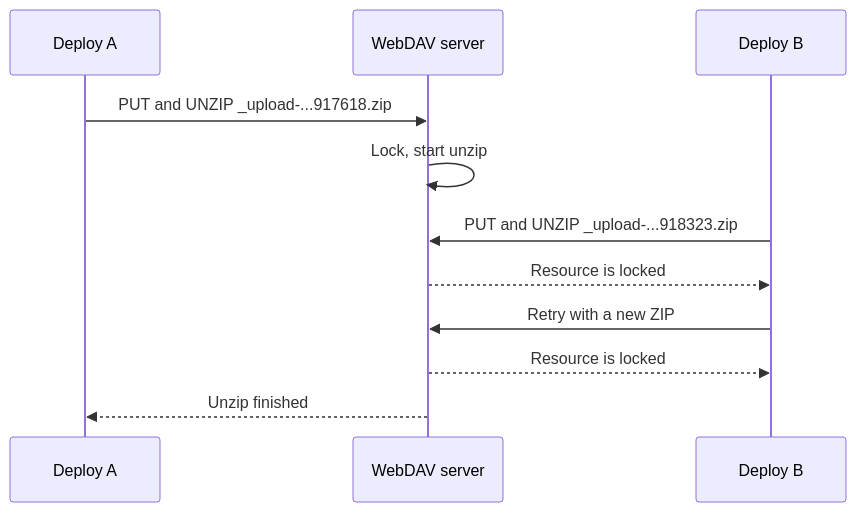
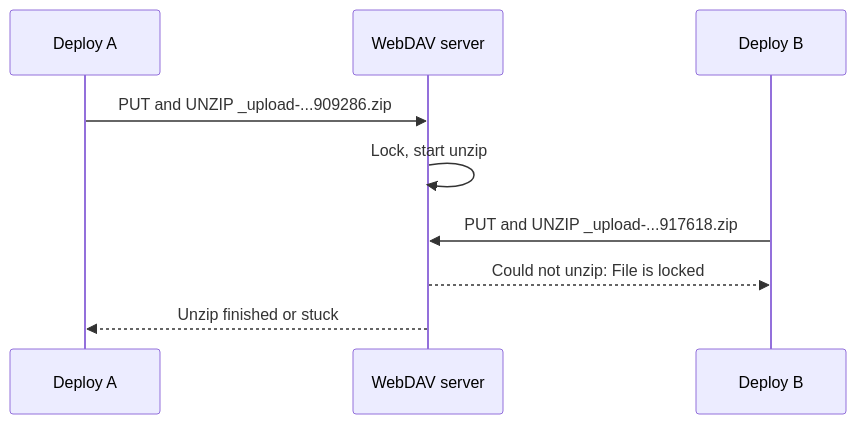
One commit to taurgis/rhino-inquisitor-com changed the first of 2 diagrams in src/content/posts/sfcc-webdav-deployment-failures-explained/index.md. Above: the diagram before and after it, drawn with Mermaid. The commit also changed other lines of this file, not shown here.

First line of the commit message:
Correct WebDAV post log excerpt, upload-name origin, and title

````diff
--- a/src/content/posts/sfcc-webdav-deployment-failures-explained/index.md
+++ b/src/content/posts/sfcc-webdav-deployment-failures-explained/index.md
@@ -74,14 +72,12 @@
 ```mermaid
 sequenceDiagram
     participant A as Deploy A
     participant S as WebDAV server
     participant B as Deploy B
 
-    A->>S: PUT and UNZIP _upload-...917618.zip
+    A->>S: PUT and UNZIP _upload-...909286.zip
     S->>S: Lock, start unzip
-    B->>S: PUT and UNZIP _upload-...918323.zip
-    S-->>B: Resource is locked
-    B->>S: Retry with a new ZIP
-    S-->>B: Resource is locked
-    S-->>A: Unzip finished
+    B->>S: PUT and UNZIP _upload-...917618.zip
+    S-->>B: Could not unzip: File is locked
+    S-->>A: Unzip finished or stuck
 ```
````
